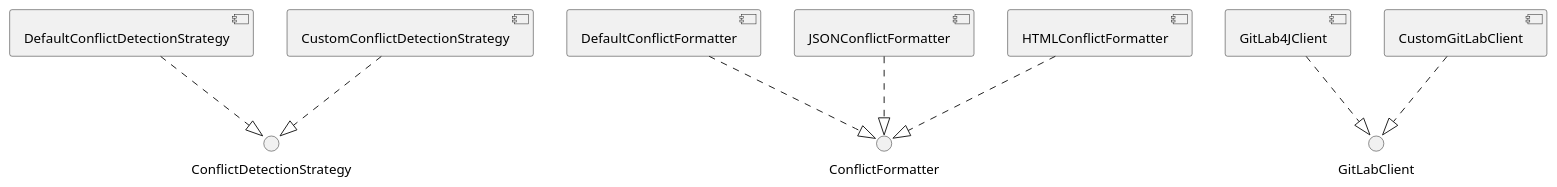
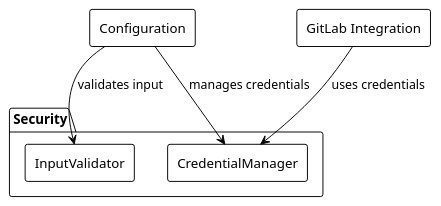
The tenth of 11 diagrams in docs/architecture.md (GalushkoArt/gitlab-mr-conflict-detector), drawn with PlantUML before and after one commit. The commit also changed other lines of this file and 1 other file, not shown here.

````diff
--- a/docs/architecture.md
+++ b/docs/architecture.md
@@ -366,17 +285,18 @@
 ```plantuml
 @startuml
-interface "ConflictDetectionStrategy" as CDS
-interface "ConflictFormatter" as CF
-interface "GitLabClient" as GLC
+!theme plain
+skinparam componentStyle rectangle
 
-[DefaultConflictDetectionStrategy] ..|> CDS
-[CustomConflictDetectionStrategy] ..|> CDS
+package "Security" {
+  [InputValidator] as Validator
+  [CredentialManager] as CredManager
+}
 
-[DefaultConflictFormatter] ..|> CF
-[JSONConflictFormatter] ..|> CF
-[HTMLConflictFormatter] ..|> CF
+[Configuration] as Config
+[GitLab Integration] as GitLab
 
-[GitLab4JClient] ..|> GLC
-[CustomGitLabClient] ..|> GLC
+Config --> Validator : validates input
+Config --> CredManager : manages credentials
+GitLab --> CredManager : uses credentials
 @enduml
 ```
````
